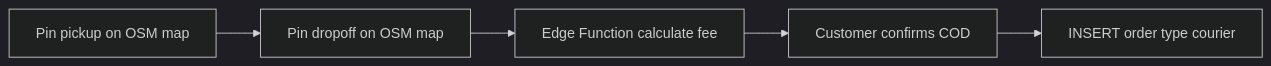
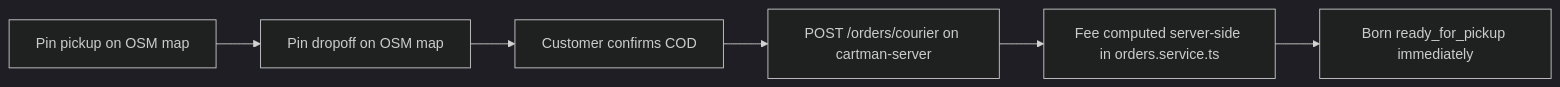
The sixth of 13 diagrams in docs/breakdown/flows.md (xzen-projects/cartman-ph-docs), drawn with Mermaid (dark theme) before and after one commit. The commit also changed other lines of this file and 3 other files, not shown here.

First line of the commit message:
docs: mirror architecture reconciliation into breakdown docs

````diff
--- a/docs/breakdown/flows.md
+++ b/docs/breakdown/flows.md
@@ -219,7 +184,8 @@
 ```mermaid
 flowchart LR
   Pickup[Pin pickup on OSM map] --> Dropoff[Pin dropoff on OSM map]
-  Dropoff --> Fee[Edge Function calculate fee]
-  Fee --> Confirm[Customer confirms COD]
-  Confirm --> Insert[INSERT order type courier]
+  Dropoff --> Confirm[Customer confirms COD]
+  Confirm --> Post[POST /orders/courier on cartman-server]
+  Post --> Fee[Fee computed server-side in orders.service.ts]
+  Fee --> Ready[Born ready_for_pickup immediately]
 ```
````
